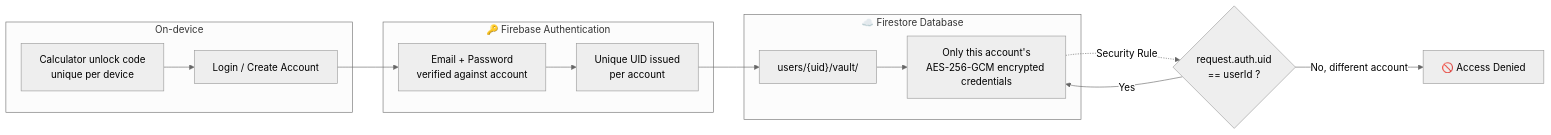
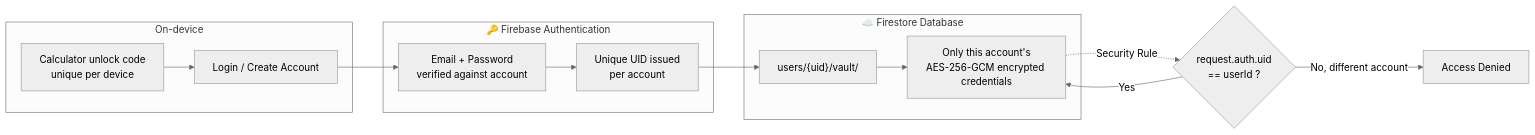
Before and after one commit to LahcenChehabi/CipherMatrix: the second of 2 diagrams in README.md, drawn with Mermaid (neutral theme). The commit also changed other lines of this file, not shown here.

````diff
--- a/README.md
+++ b/README.md
@@ -101,20 +101,20 @@
 ```mermaid
 flowchart LR
     subgraph Device[" On-device"]
         A[Calculator unlock code<br/>unique per device] --> B[Login / Create Account]
     end
 
     subgraph FirebaseAuth["🔑 Firebase Authentication"]
         B --> C[Email + Password<br/>verified against account]
         C --> D[Unique UID issued<br/>per account]
     end
 
     subgraph Firestore["☁️ Firestore Database"]
         D --> E["users/{uid}/vault/"]
         E --> F[Only this account's<br/>AES-256-GCM encrypted credentials]
     end
 
     F -.->|Security Rule| G{"request.auth.uid<br/>== userId ?"}
     G -->|Yes| F
-    G -->|No, different account| H[🚫 Access Denied]
+    G -->|No, different account| H[ Access Denied]
 ```
````
